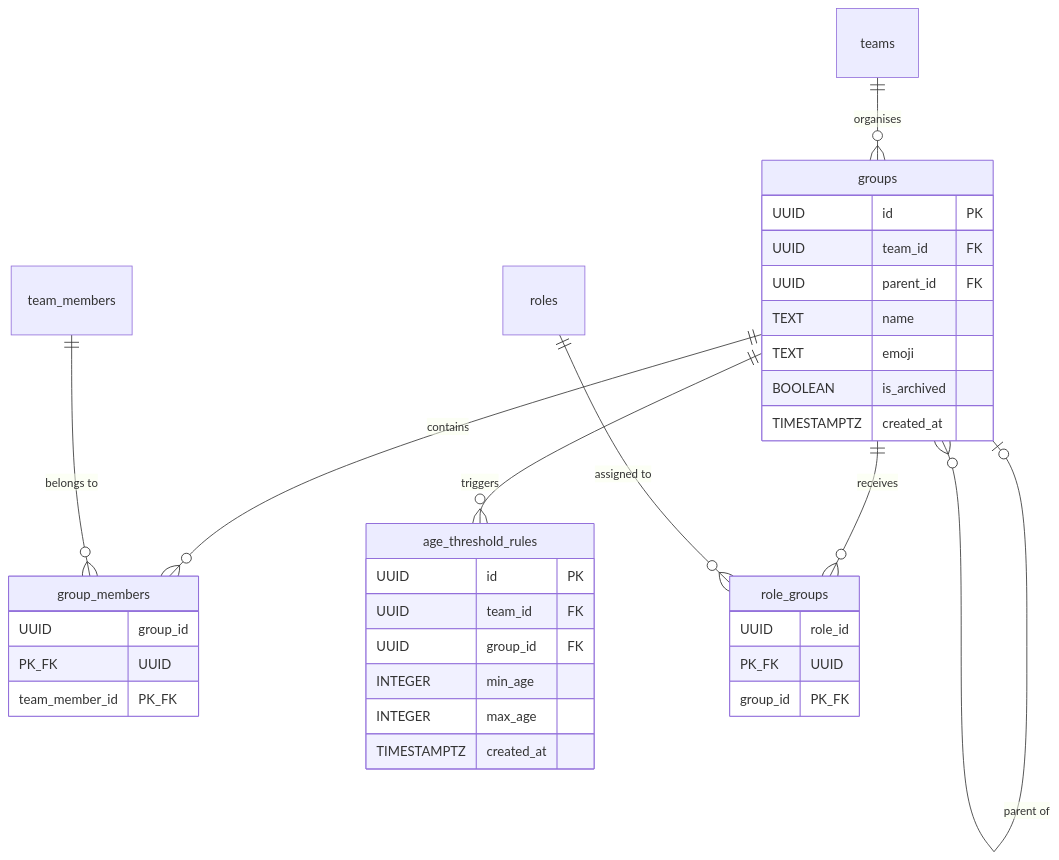
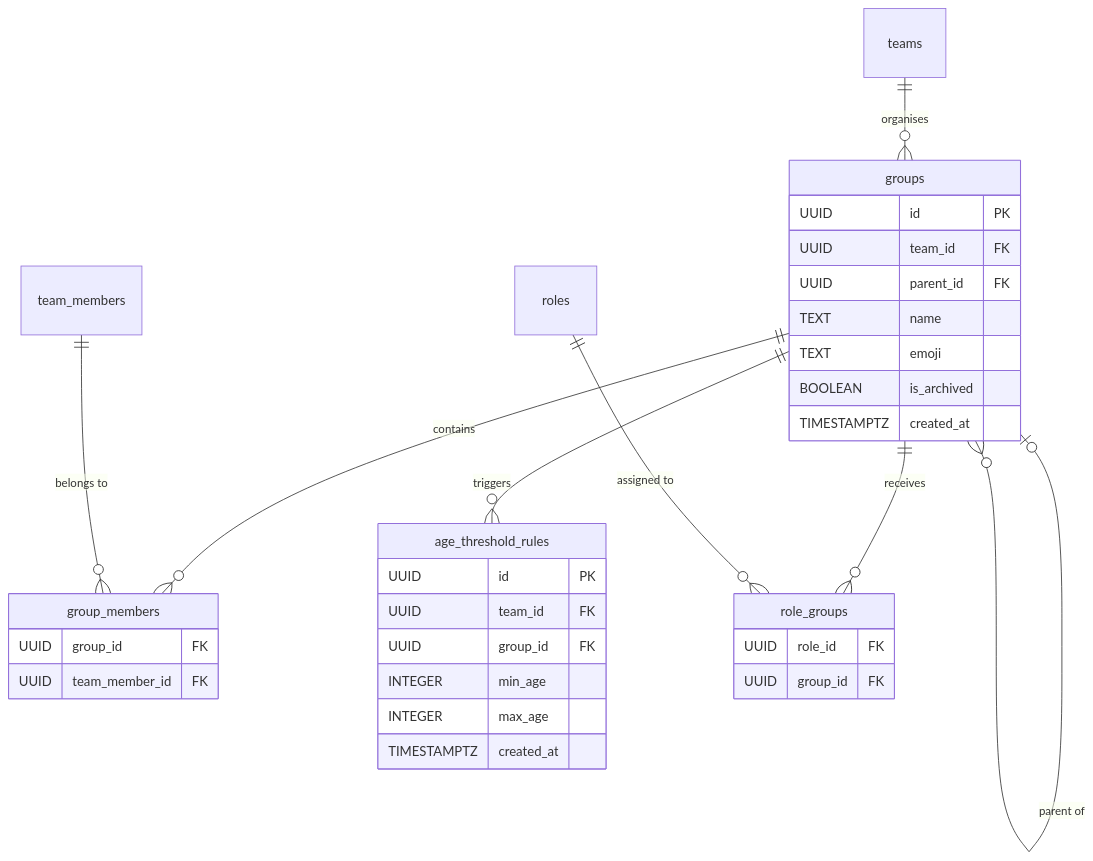
Before and after one commit to maxa-ondrej/sideline: the fifth of 12 diagrams in docs/thesis/er-diagram.md, drawn with Mermaid. The commit also changed other lines of this file and 1 other file, not shown here.

Commit message:
Fix Mermaid ER diagram syntax and link thesis docs in README

````diff
--- a/docs/thesis/er-diagram.md
+++ b/docs/thesis/er-diagram.md
@@ -246,39 +246,39 @@
 ```mermaid
 erDiagram
     groups {
         UUID id PK
         UUID team_id FK
         UUID parent_id FK
         TEXT name
         TEXT emoji
         BOOLEAN is_archived
         TIMESTAMPTZ created_at
     }
 
     group_members {
-        UUID group_id PK_FK
-        UUID team_member_id PK_FK
+        UUID group_id FK
+        UUID team_member_id FK
     }
 
     age_threshold_rules {
         UUID id PK
         UUID team_id FK
         UUID group_id FK
         INTEGER min_age
         INTEGER max_age
         TIMESTAMPTZ created_at
     }
 
     role_groups {
-        UUID role_id PK_FK
-        UUID group_id PK_FK
+        UUID role_id FK
+        UUID group_id FK
     }
 
     teams ||--o{ groups : "organises"
     groups o|--o{ groups : "parent of"
     groups ||--o{ group_members : "contains"
     groups ||--o{ age_threshold_rules : "triggers"
     groups ||--o{ role_groups : "receives"
     team_members ||--o{ group_members : "belongs to"
     roles ||--o{ role_groups : "assigned to"
 ```
````
